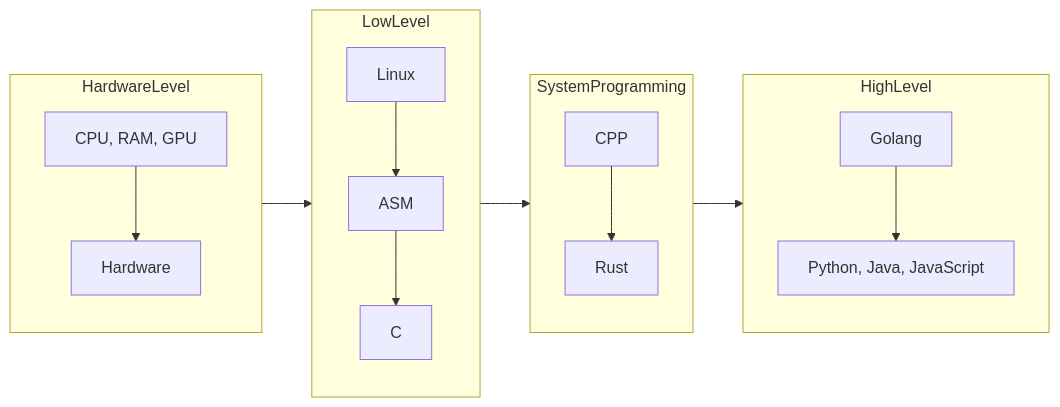
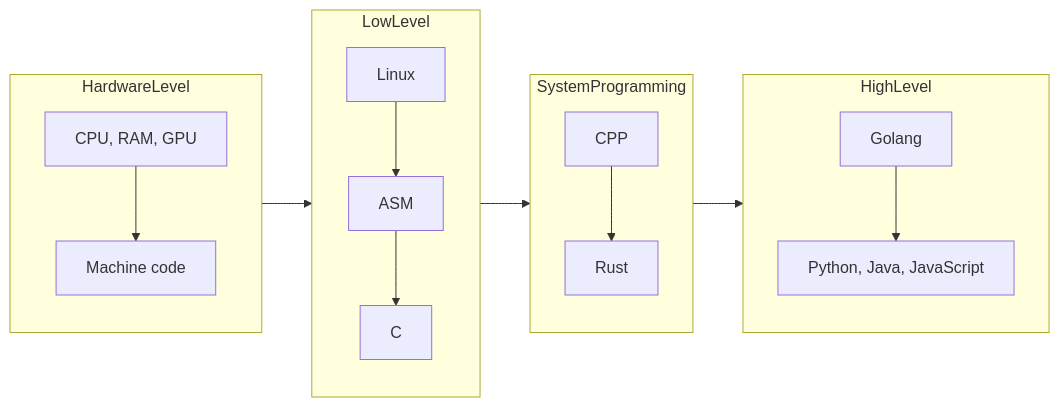
The diagram in content/posts/my-first-post.md (RuslanKarabalin/sde-thoughts), drawn with Mermaid before and after one commit. The commit also changed other lines of this file and 1 other file, not shown here.

````diff
--- a/content/posts/my-first-post.md
+++ b/content/posts/my-first-post.md
@@ -31,36 +37,36 @@
 ```mermaid
 flowchart LR
     A[CPU, RAM, GPU]
-    B[Hardware]
+    B[Machine code]
     C[Linux]
     D[ASM]
     E[C]
     F[CPP]
     G[Rust]
     H[Golang]
     J[Python, Java, JavaScript]
     
     subgraph HardwareLevel
         A --> B
     end
 
     subgraph LowLevel
         C
         C --> D
         D --> E
     end
 
     subgraph SystemProgramming
         F
         F --> G
     end
 
     subgraph HighLevel
         H
         H --> J
     end
 
     HardwareLevel --> LowLevel
     LowLevel --> SystemProgramming
     SystemProgramming --> HighLevel
 ```
````
